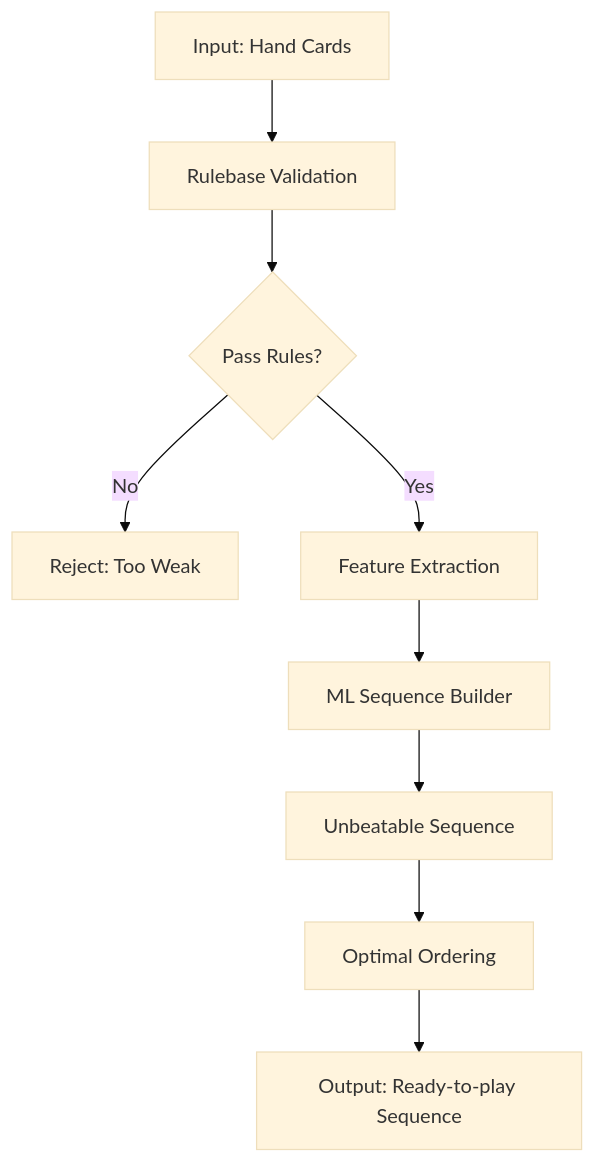
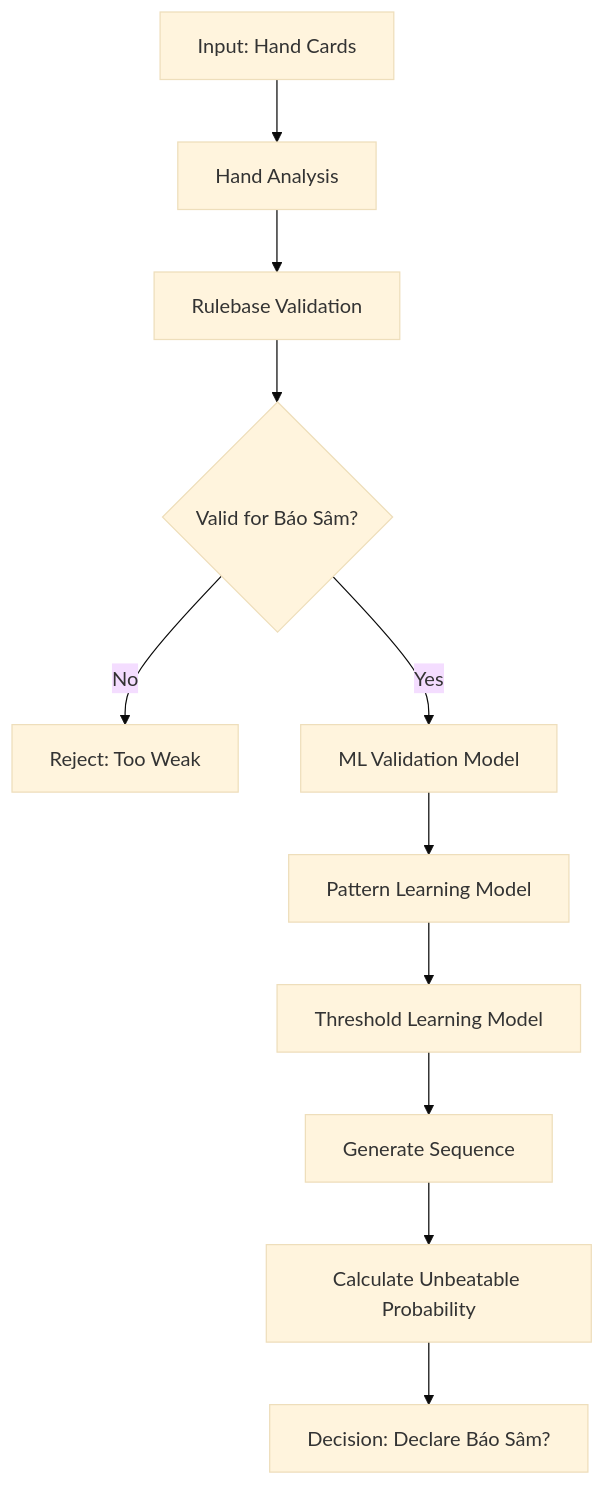
Before and after one commit to tonghien22890/sam_trainer: the diagram in docs/UNBEATABLE_SEQUENCE_MODEL_DESIGN.mdc, drawn with Mermaid (base theme). The commit also changed other lines of this file and 41 other files, not shown here.

````diff
--- a/docs/UNBEATABLE_SEQUENCE_MODEL_DESIGN.mdc
+++ b/docs/UNBEATABLE_SEQUENCE_MODEL_DESIGN.mdc
@@ -7,11 +7,13 @@
 ```mermaid
 graph TD
-    A[Input: Hand Cards] --> B[Rulebase Validation]
-    B --> C{Pass Rules?}
-    C -->|No| D[Reject: Too Weak]
-    C -->|Yes| E[Feature Extraction]
-    E --> F[ML Sequence Builder]
-    F --> G[Unbeatable Sequence]
-    G --> H[Optimal Ordering]
-    H --> I[Output: Ready-to-play Sequence]
+    A[Input: Hand Cards] --> B[Hand Analysis]
+    B --> C[Rulebase Validation]
+    C --> D{Valid for Báo Sâm?}
+    D -->|No| E[Reject: Too Weak]
+    D -->|Yes| F[ML Validation Model]
+    F --> G[Pattern Learning Model]
+    G --> H[Threshold Learning Model]
+    H --> I[Generate Sequence]
+    I --> J[Calculate Unbeatable Probability]
+    J --> K[Decision: Declare Báo Sâm?]
 ```
````
